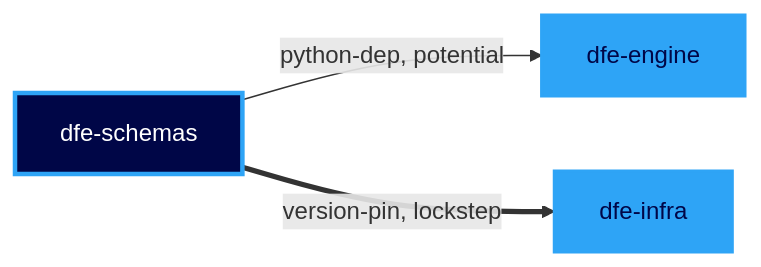
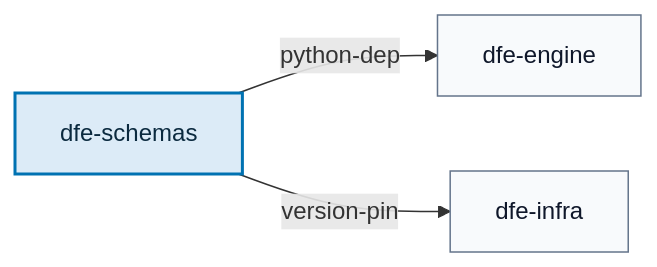
The seventh of 19 diagrams in docs/suite-graph.md (hyperi-io/dfe-infra), drawn with Mermaid before and after one commit. The commit also changed other lines of this file and 5 other files, not shown here.

First line of the commit message:
fix(suite-graph): draw the suite diagrams to the diagram standard

````diff
--- a/docs/suite-graph.md
+++ b/docs/suite-graph.md
@@ -199,10 +262,16 @@
 ```mermaid
 flowchart LR
-  dfe_schemas["dfe-schemas"]:::producer
-  dfe_engine["dfe-engine"]:::suite
-  dfe_schemas -->|python-dep, potential| dfe_engine
-  dfe_infra["dfe-infra"]:::suite
-  dfe_schemas ==>|version-pin, lockstep| dfe_infra
-  classDef suite fill:#2EA4F6,stroke:#2EA4F6,stroke-width:2px,color:#000647
-  classDef producer fill:#000647,stroke:#2EA4F6,stroke-width:3px,color:#FFFFFF
+    accTitle: L4 Detail -- dfe-schemas build cycle
+    accDescr: A dfe-schemas release puts 2 consumers in motion. dfe-engine takes python-dep. dfe-infra takes version-pin.
+
+    dfe_schemas["dfe-schemas"]
+    dfe_engine["dfe-engine"]
+    dfe_infra["dfe-infra"]
+
+    dfe_schemas -->|python-dep| dfe_engine
+    dfe_schemas -->|version-pin| dfe_infra
+
+    classDef default fill:#F8FAFC,stroke:#64748B,stroke-width:1px,color:#0F172A
+    classDef core fill:#DCEBF7,stroke:#0072B2,stroke-width:2px,color:#0B2A3F
+    class dfe_schemas core
 ```
````
